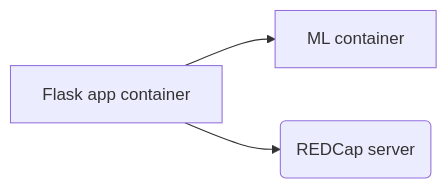
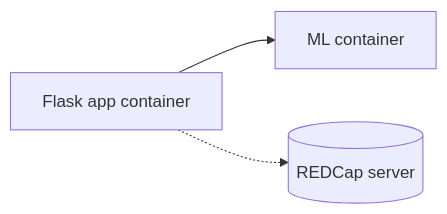
One commit to SimonClifford/ai-present changed the third of 3 diagrams in presentation.qmd. Above: the diagram before and after it, drawn with Mermaid. The commit also changed other lines of this file, not shown here.

Commit message:
Improves Mermaid diagrams

````diff
--- a/presentation.qmd
+++ b/presentation.qmd
@@ -254,7 +254,7 @@
 ```{mermaid}
 %%| fig-width: 1000.0px
 %%| fig-height: 400.0px
 graph LR
 A[Flask app container] --> B[ML container]
-A --> C(REDCap server)
+A -.-> C[(REDCap server)]
 ```
````
